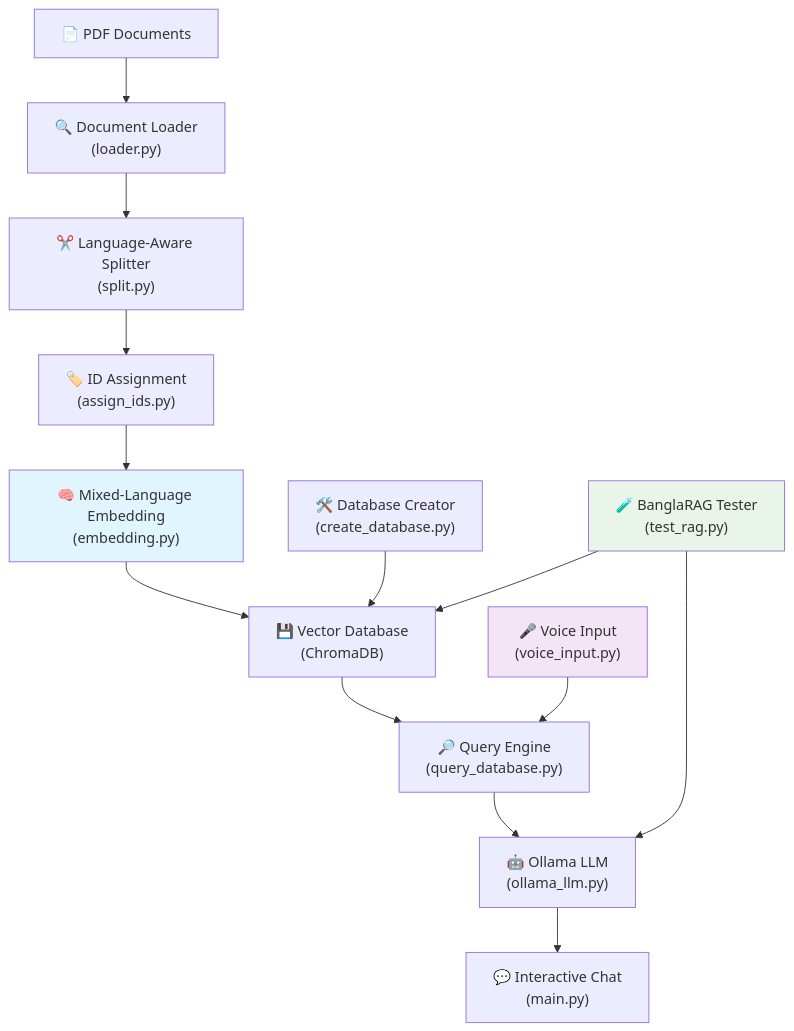
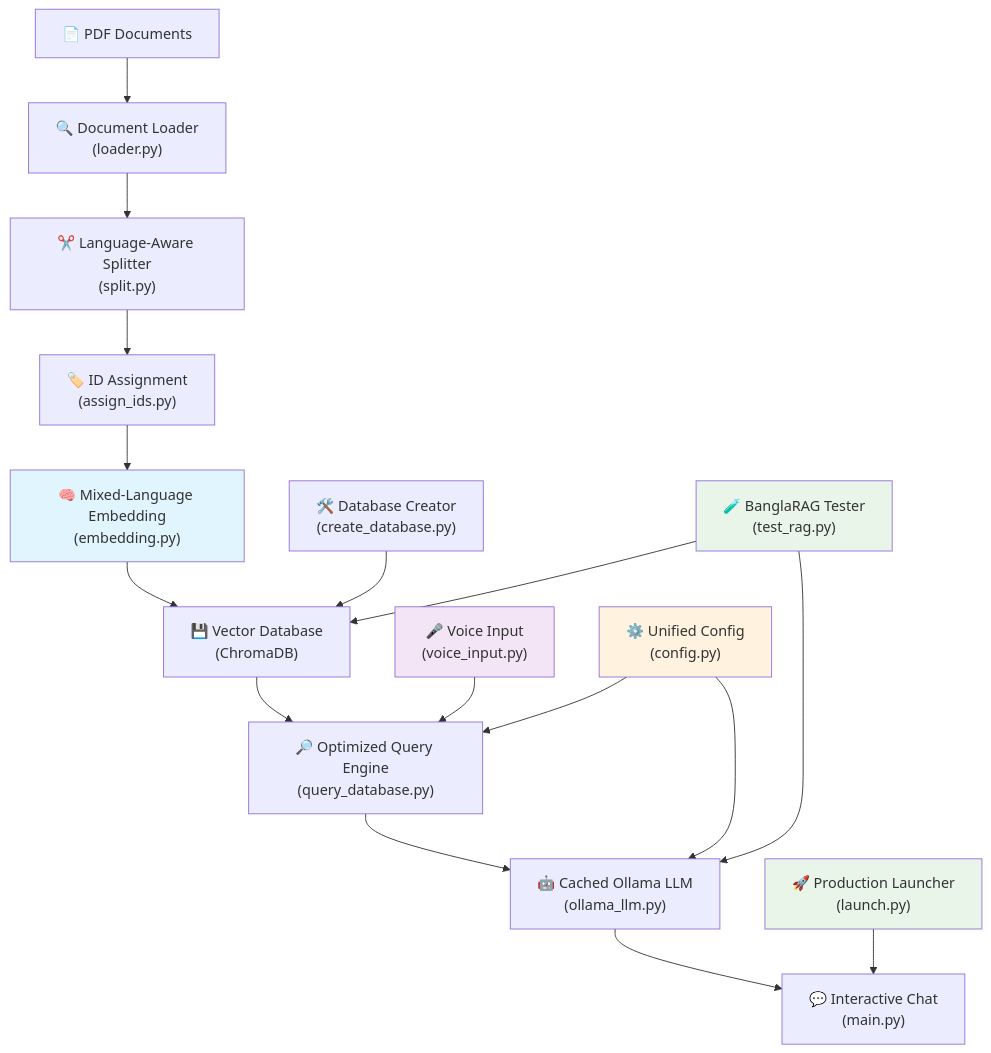
One commit to sunjilkh/Ollama-Pdf-RAG-System-Local changed the diagram in README.md. Above: the diagram before and after it, drawn with Mermaid. The commit also changed other lines of this file and 18 other files, not shown here.

````diff
--- a/README.md
+++ b/README.md
@@ -38,21 +56,27 @@
 ```mermaid
 graph TD
     A["📄 PDF Documents"] --> B["🔍 Document Loader<br/>(loader.py)"]
     B --> C["✂️ Language-Aware Splitter<br/>(split.py)"]
     C --> D["🏷️ ID Assignment<br/>(assign_ids.py)"]
     D --> E["🧠 Mixed-Language Embedding<br/>(embedding.py)"]
     E --> F["💾 Vector Database<br/>(ChromaDB)"]
 
-    F --> G["🔎 Query Engine<br/>(query_database.py)"]
-    G --> H["🤖 Ollama LLM<br/>(ollama_llm.py)"]
+    F --> G["🔎 Optimized Query Engine<br/>(query_database.py)"]
+    G --> H["🤖 Cached Ollama LLM<br/>(ollama_llm.py)"]
     H --> I["💬 Interactive Chat<br/>(main.py)"]
 
     J["🎤 Voice Input<br/>(voice_input.py)"] --> G
     K["🛠️ Database Creator<br/>(create_database.py)"] --> F
     L["🧪 BanglaRAG Tester<br/>(test_rag.py)"] --> F
     L --> H
 
+    M["⚙️ Unified Config<br/>(config.py)"] --> G
+    M --> H
+    N["🚀 Production Launcher<br/>(launch.py)"] --> I
+
     style E fill:#e1f5fe
     style J fill:#f3e5f5
     style L fill:#e8f5e8
+    style M fill:#fff3e0
+    style N fill:#e8f5e8
 ```
````
